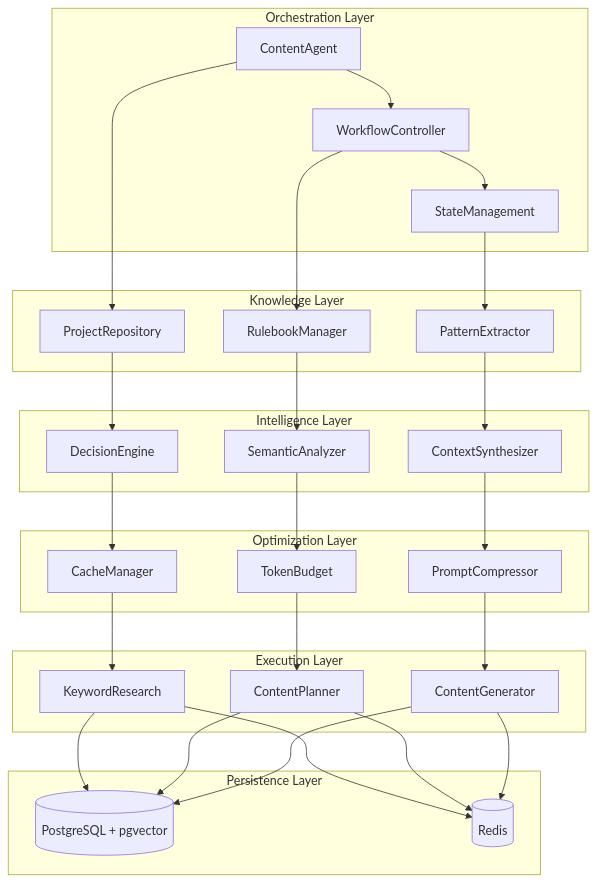
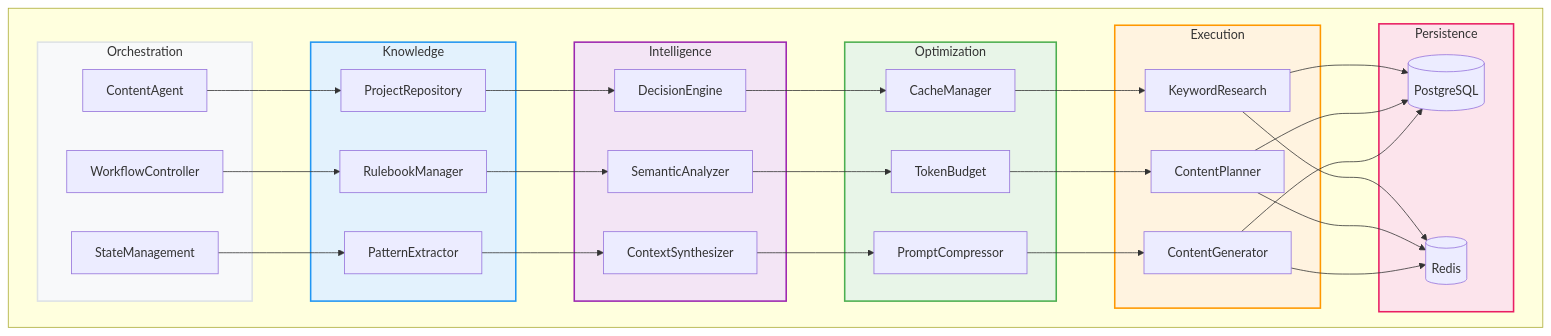
The first of 3 diagrams in README.md (TensorScholar/content-automation-pipeline), drawn with Mermaid before and after one commit. The commit also changed other lines of this file, not shown here.

Commit message:
docs: modernize visualizations with classy minimal design and fix API references
- Fix Mermaid syntax errors in Decision Flow diagram
- Create modern, minimal system architecture with color-coded layers
- Update Decision Flow with proper syntax and subtle color scheme
- Replace complex charts with clean pie chart for performance metrics
- Update API key references to include multiple LLM providers
- Improve overall visual hierarchy and modern aesthetic

````diff
--- a/README.md
+++ b/README.md
@@ -21,54 +21,65 @@
 ```mermaid
 graph TB
-    subgraph "Orchestration Layer"
-        A[ContentAgent] --> B[WorkflowController] --> C[StateManagement]
-    end
-    
-    subgraph "Knowledge Layer"
-        D[ProjectRepository]
-        E[RulebookManager]
-        F[PatternExtractor]
-    end
-    
-    subgraph "Intelligence Layer"
-        G[DecisionEngine]
-        H[SemanticAnalyzer]
-        I[ContextSynthesizer]
-    end
-    
-    subgraph "Optimization Layer"
-        J[CacheManager]
-        K[TokenBudget]
-        L[PromptCompressor]
-    end
-    
-    subgraph "Execution Layer"
-        M[KeywordResearch]
-        N[ContentPlanner]
-        O[ContentGenerator]
-    end
-    
-    subgraph "Persistence Layer"
-        P[(PostgreSQL + pgvector)]
-        Q[(Redis)]
+    subgraph ORCH[" "]
+        subgraph ORC["Orchestration"]
+            A[ContentAgent]
+            B[WorkflowController]
+            C[StateManagement]
+        end
+        
+        subgraph KNW["Knowledge"]
+            D[ProjectRepository]
+            E[RulebookManager]
+            F[PatternExtractor]
+        end
+        
+        subgraph INT["Intelligence"]
+            G[DecisionEngine]
+            H[SemanticAnalyzer]
+            I[ContextSynthesizer]
+        end
+        
+        subgraph OPT["Optimization"]
+            J[CacheManager]
+            K[TokenBudget]
+            L[PromptCompressor]
+        end
+        
+        subgraph EXE["Execution"]
+            M[KeywordResearch]
+            N[ContentPlanner]
+            O[ContentGenerator]
+        end
+        
+        subgraph PERS["Persistence"]
+            P[(PostgreSQL)]
+            Q[(Redis)]
+        end
     end
     
     A --> D
     B --> E
     C --> F
     D --> G
     E --> H
     F --> I
     G --> J
     H --> K
     I --> L
     J --> M
     K --> N
     L --> O
     M --> P
     N --> P
     O --> P
     M --> Q
     N --> Q
     O --> Q
+    
+    style ORC fill:#f8f9fa,stroke:#dee2e6,stroke-width:2px
+    style KNW fill:#e3f2fd,stroke:#2196f3,stroke-width:2px
+    style INT fill:#f3e5f5,stroke:#9c27b0,stroke-width:2px
+    style OPT fill:#e8f5e8,stroke:#4caf50,stroke-width:2px
+    style EXE fill:#fff3e0,stroke:#ff9800,stroke-width:2px
+    style PERS fill:#fce4ec,stroke:#e91e63,stroke-width:2px
 ```
````
